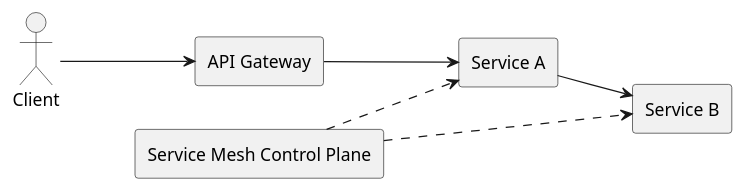
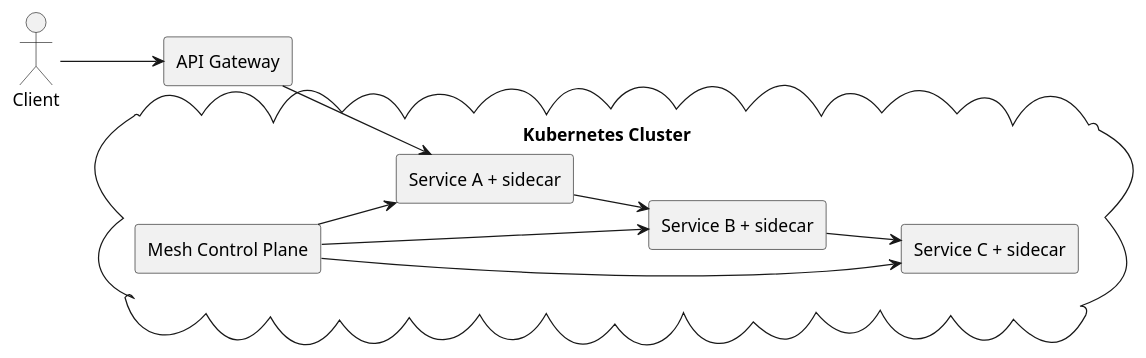
One commit to iwizy/analyst_kb changed the diagram in docs/integrations/api-design/api-gateway-and-service-mesh.md. Above: the diagram before and after it, drawn with PlantUML. The commit also changed other lines of this file and 33 other files, not shown here.

````diff
--- a/docs/integrations/api-design/api-gateway-and-service-mesh.md
+++ b/docs/integrations/api-design/api-gateway-and-service-mesh.md
@@ -29,16 +34,20 @@
 ```kroki-plantuml
 @startuml
 left to right direction
 actor Client
-rectangle "API Gateway" as GW
-rectangle "Service A" as A
-rectangle "Service B" as B
-rectangle "Service Mesh Control Plane" as CP
-
-Client --> GW
-GW --> A
+rectangle "API Gateway" as G
+cloud "Kubernetes Cluster" {
+  rectangle "Service A + sidecar" as A
+  rectangle "Service B + sidecar" as B
+  rectangle "Service C + sidecar" as C
+  rectangle "Mesh Control Plane" as CP
+}
+Client --> G
+G --> A
 A --> B
-CP ..> A
-CP ..> B
+B --> C
+CP --> A
+CP --> B
+CP --> C
 @enduml
 ```
````
